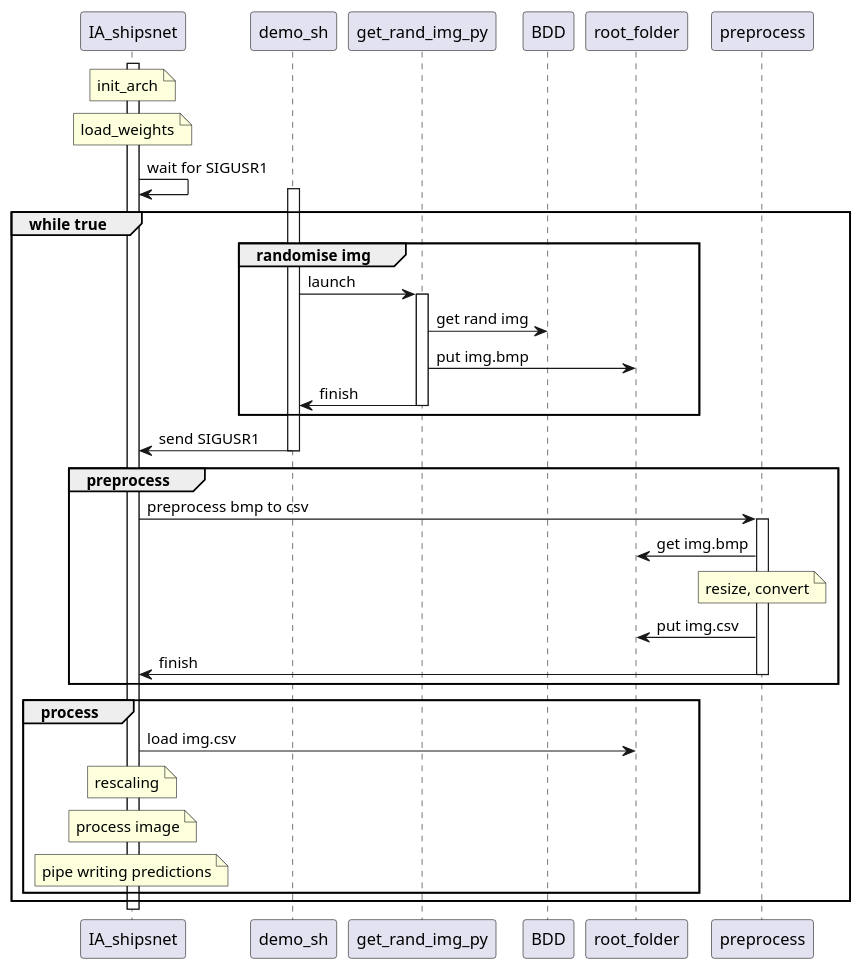
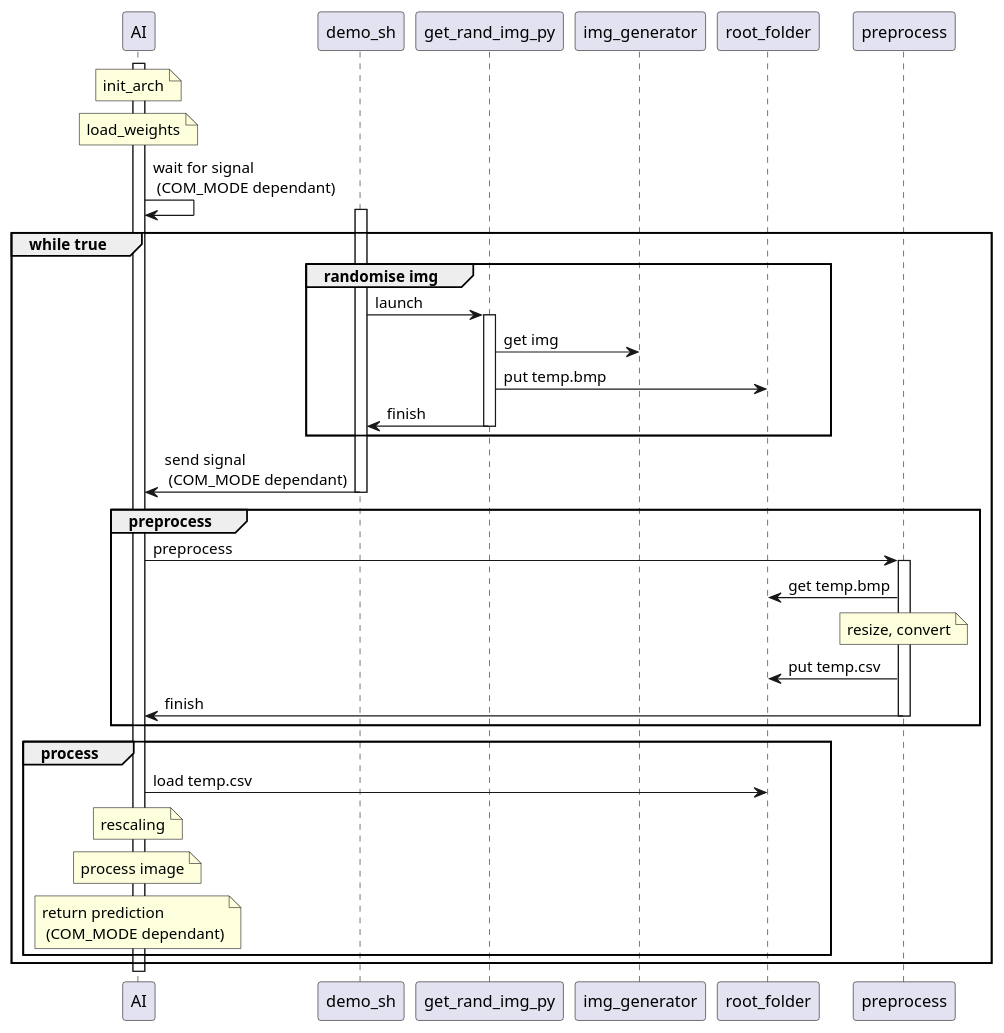
The second of 2 diagrams in A-Eye_Documentation/plantuml/A-Eye_Visor.plantuml (ngisedsysle/A-Eye), drawn with PlantUML before and after one commit. The commit also changed other lines of this file and 4 other files, not shown here.

```diff
--- a/A-Eye_Documentation/plantuml/A-Eye_Visor.plantuml
+++ b/A-Eye_Documentation/plantuml/A-Eye_Visor.plantuml
@@ -61,45 +61,45 @@
 @startuml Sequence_IA
-participant IA_shipsnet as shipsnet
+participant AI
 participant demo_sh
 participant get_rand_img_py as rand
-participant BDD 
+participant img_generator 
 participant root_folder
 participant preprocess
 
-activate shipsnet 
-note over shipsnet : init_arch
-note over shipsnet : load_weights
-shipsnet -> shipsnet : wait for SIGUSR1
+activate AI 
+note over AI : init_arch
+note over AI : load_weights
+AI -> AI : wait for signal \n (COM_MODE dependant)
 activate demo_sh
 group while true
     group randomise img
         demo_sh -> rand : launch
         activate rand
-        rand -> BDD : get rand img
-        rand -> root_folder : put img.bmp
+        rand -> img_generator : get img
+        rand -> root_folder : put temp.bmp
         rand -> demo_sh : finish
         deactivate rand
     end
 
-    demo_sh -> shipsnet : send SIGUSR1
+    demo_sh -> AI : send signal \n (COM_MODE dependant)
     deactivate demo_sh
 
     group preprocess
-        shipsnet -> preprocess : preprocess bmp to csv
+        AI -> preprocess : preprocess
         activate preprocess
-        preprocess -> root_folder : get img.bmp
+        preprocess -> root_folder : get temp.bmp
         note over preprocess : resize, convert
-        preprocess -> root_folder : put img.csv
-        preprocess -> shipsnet : finish
+        preprocess -> root_folder : put temp.csv
+        preprocess -> AI : finish
         deactivate preprocess
     end
 
     group process
-        shipsnet -> root_folder : load img.csv
-        note over shipsnet : rescaling
-        note over shipsnet : process image
-        note over shipsnet : pipe writing predictions
+        AI -> root_folder : load temp.csv
+        note over AI : rescaling
+        note over AI : process image
+        note over AI : return prediction \n (COM_MODE dependant)
     end
 end
-deactivate shipsnet
+deactivate AI
 @enduml 
```
